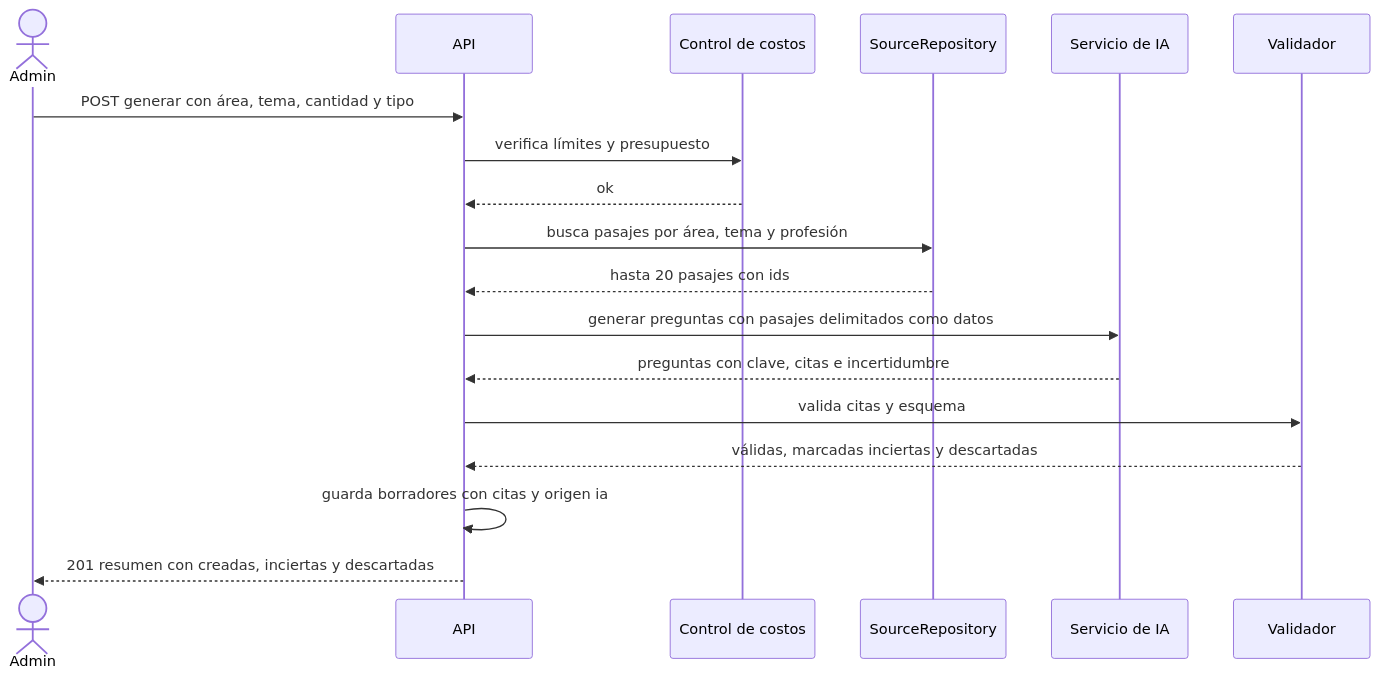
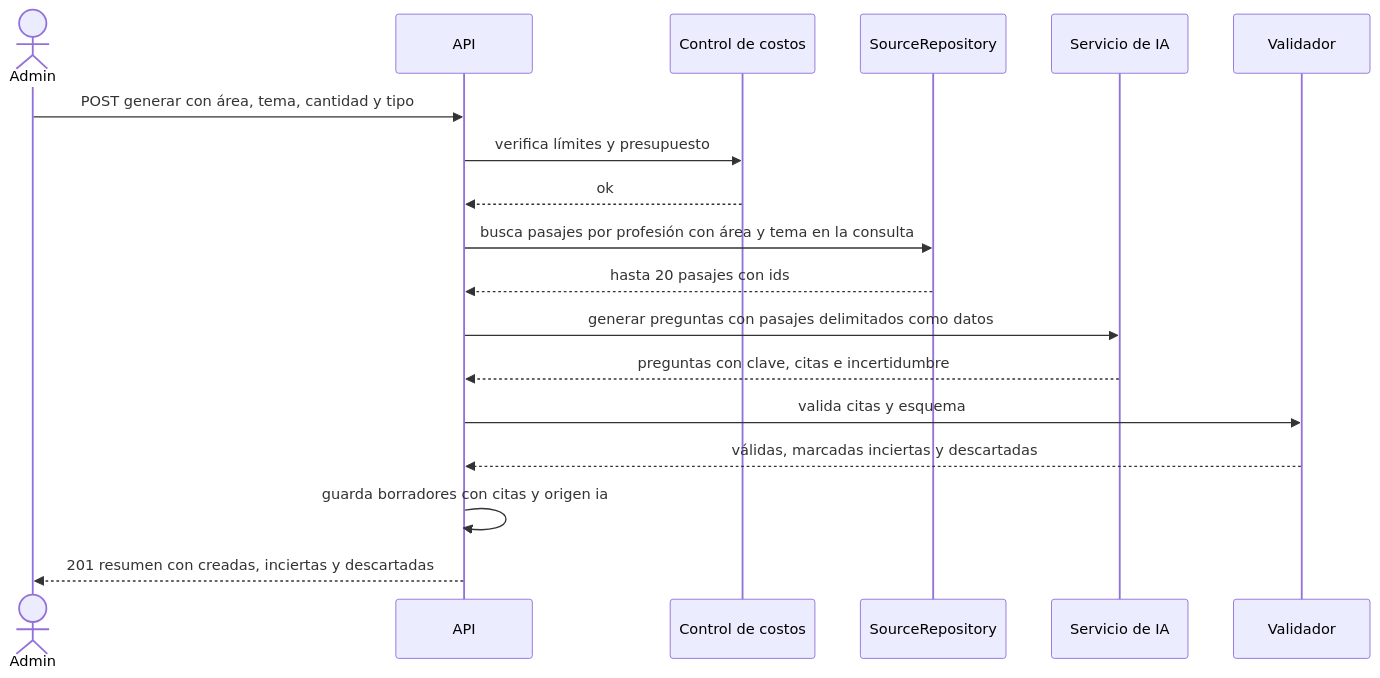
One commit to bacsystem/learning changed the diagram in docs/stories/serums-ia/E6-03-generacion-preguntas.md. Above: the diagram before and after it, drawn with Mermaid. The commit also changed 22 other files, not shown here.

````diff
--- a/docs/stories/serums-ia/E6-03-generacion-preguntas.md
+++ b/docs/stories/serums-ia/E6-03-generacion-preguntas.md
@@ -19,20 +19,20 @@
 ```mermaid
 sequenceDiagram
   actor A as Admin
   participant API as API
   participant C as Control de costos
   participant R as SourceRepository
   participant IA as Servicio de IA
   participant V as Validador
   A->>API: POST generar con área, tema, cantidad y tipo
   API->>C: verifica límites y presupuesto
   C-->>API: ok
-  API->>R: busca pasajes por área, tema y profesión
+  API->>R: busca pasajes por profesión con área y tema en la consulta
   R-->>API: hasta 20 pasajes con ids
   API->>IA: generar preguntas con pasajes delimitados como datos
   IA-->>API: preguntas con clave, citas e incertidumbre
   API->>V: valida citas y esquema
   V-->>API: válidas, marcadas inciertas y descartadas
   API->>API: guarda borradores con citas y origen ia
   API-->>A: 201 resumen con creadas, inciertas y descartadas
 ```
````
